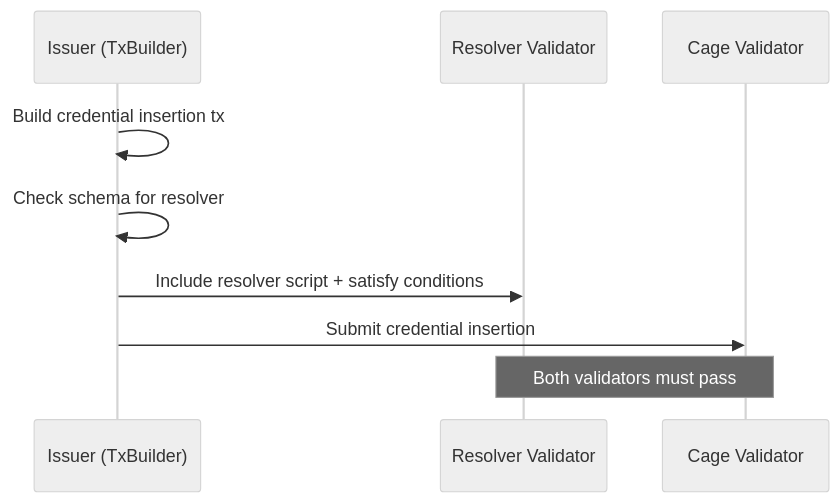
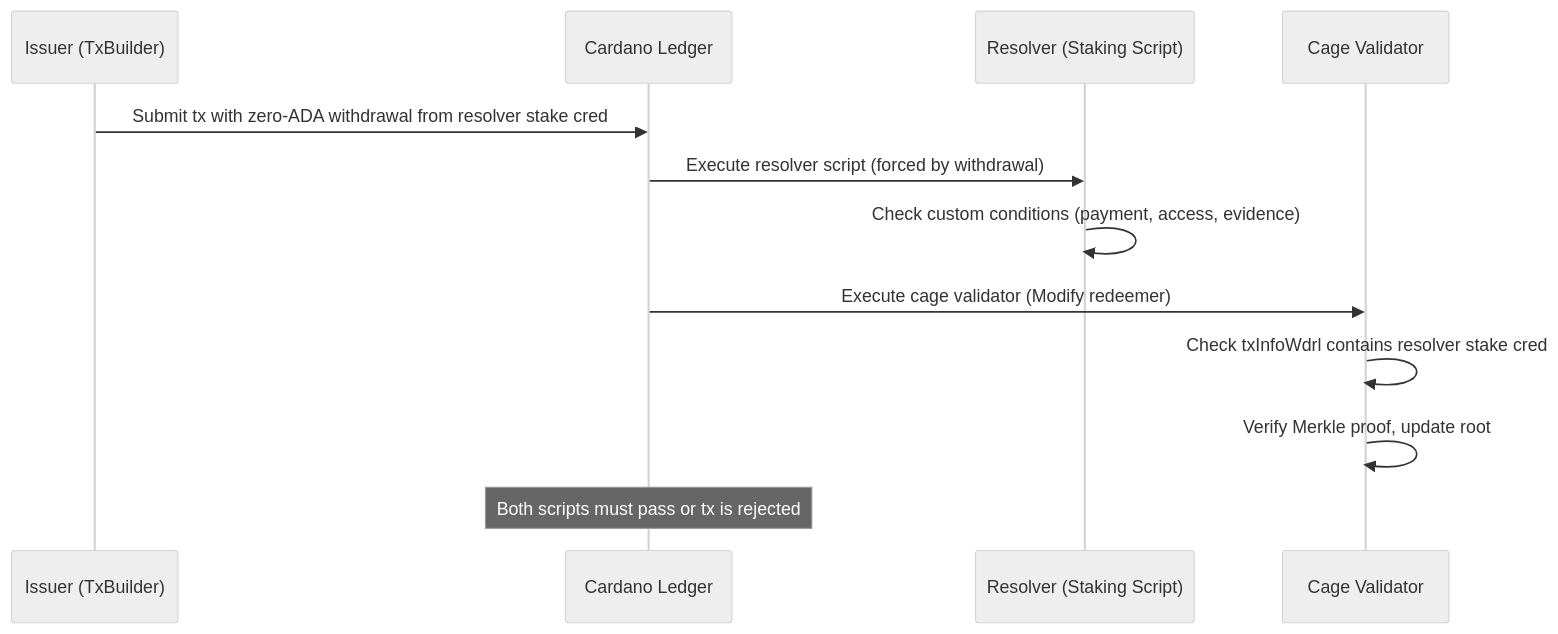
Before and after one commit to lambdasistemi/cardano-vcr: the diagram in docs/architecture/resolvers.md, drawn with Mermaid (neutral theme). The commit also changed other lines of this file, not shown here.

First line of the commit message:
docs: document resolver enforcement mechanism

````diff
--- a/docs/architecture/resolvers.md
+++ b/docs/architecture/resolvers.md
@@ -17,12 +43,15 @@
 ```mermaid
 sequenceDiagram
     participant I as Issuer (TxBuilder)
-    participant R as Resolver Validator
+    participant L as Cardano Ledger
+    participant R as Resolver (Staking Script)
     participant C as Cage Validator
 
-    I->>I: Build credential insertion tx
-    I->>I: Check schema for resolver
-    I->>R: Include resolver script + satisfy conditions
-    I->>C: Submit credential insertion
-    Note over R,C: Both validators must pass
+    I->>L: Submit tx with zero-ADA withdrawal from resolver stake cred
+    L->>R: Execute resolver script (forced by withdrawal)
+    R->>R: Check custom conditions (payment, access, evidence)
+    L->>C: Execute cage validator (Modify redeemer)
+    C->>C: Check txInfoWdrl contains resolver stake cred
+    C->>C: Verify Merkle proof, update root
+    Note over L: Both scripts must pass or tx is rejected
 ```
````
